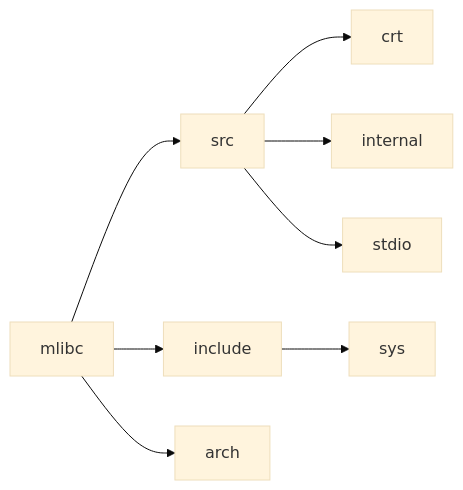
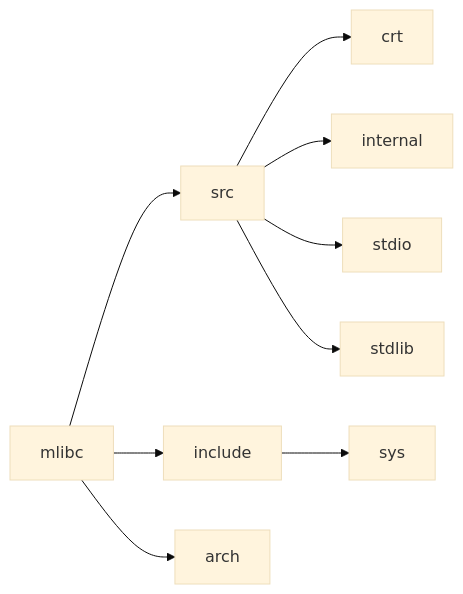
Before and after one commit to plctlab/mlibc: the first of 2 diagrams in ARCH.md, drawn with Mermaid (base theme). The commit also changed other lines of this file and 2 other files, not shown here.

````diff
--- a/ARCH.md
+++ b/ARCH.md
@@ -3,10 +5,11 @@
 ```mermaid
 flowchart LR
 mlibc-->src
 mlibc-->include
 mlibc-->arch
 src-->crt
 src-->internal
 src-->stdio
+src-->stdlib
 include-->sys
 ```
````
